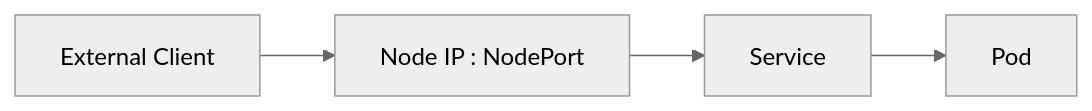
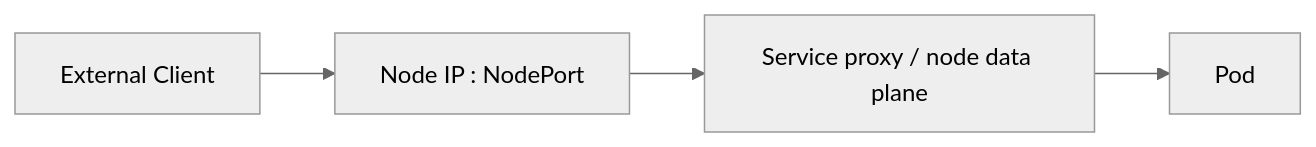
Before and after one commit to karthikreddy432/CKAD: diagram 12 of 22 in kubernetes-architecture-and-communication-flow.md, drawn with Mermaid (neutral theme). The commit also changed other lines of this file and 13 other files, not shown here.

````diff
--- a/kubernetes-architecture-and-communication-flow.md
+++ b/kubernetes-architecture-and-communication-flow.md
@@ -636,11 +676,11 @@
 ```mermaid
 flowchart LR
     Client["External Client"]
     Node["Node IP : NodePort"]
-    Service["Service"]
+    Proxy["Service proxy / node data plane"]
     Pod["Pod"]
 
     Client --> Node
-    Node --> Service
-    Service --> Pod
+    Node --> Proxy
+    Proxy --> Pod
 ```
````
